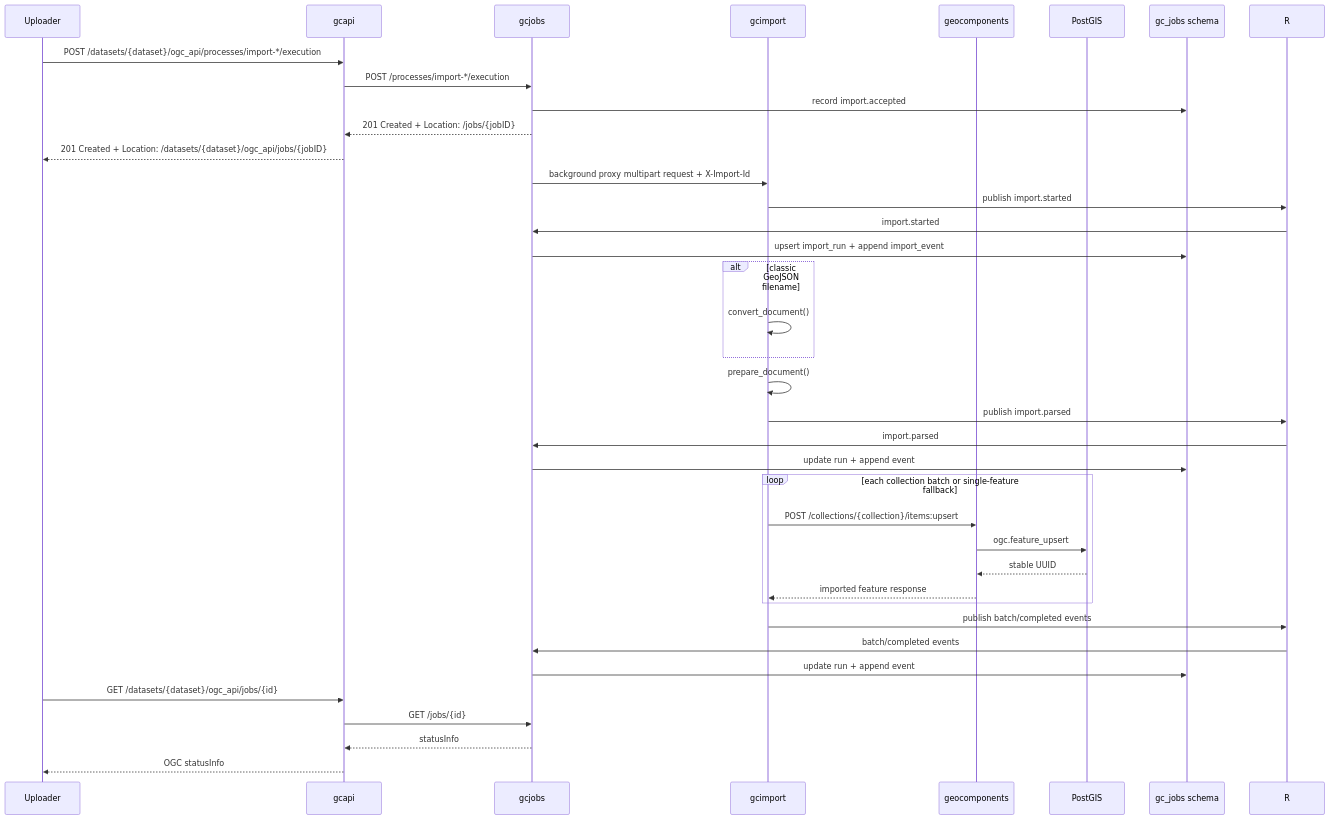
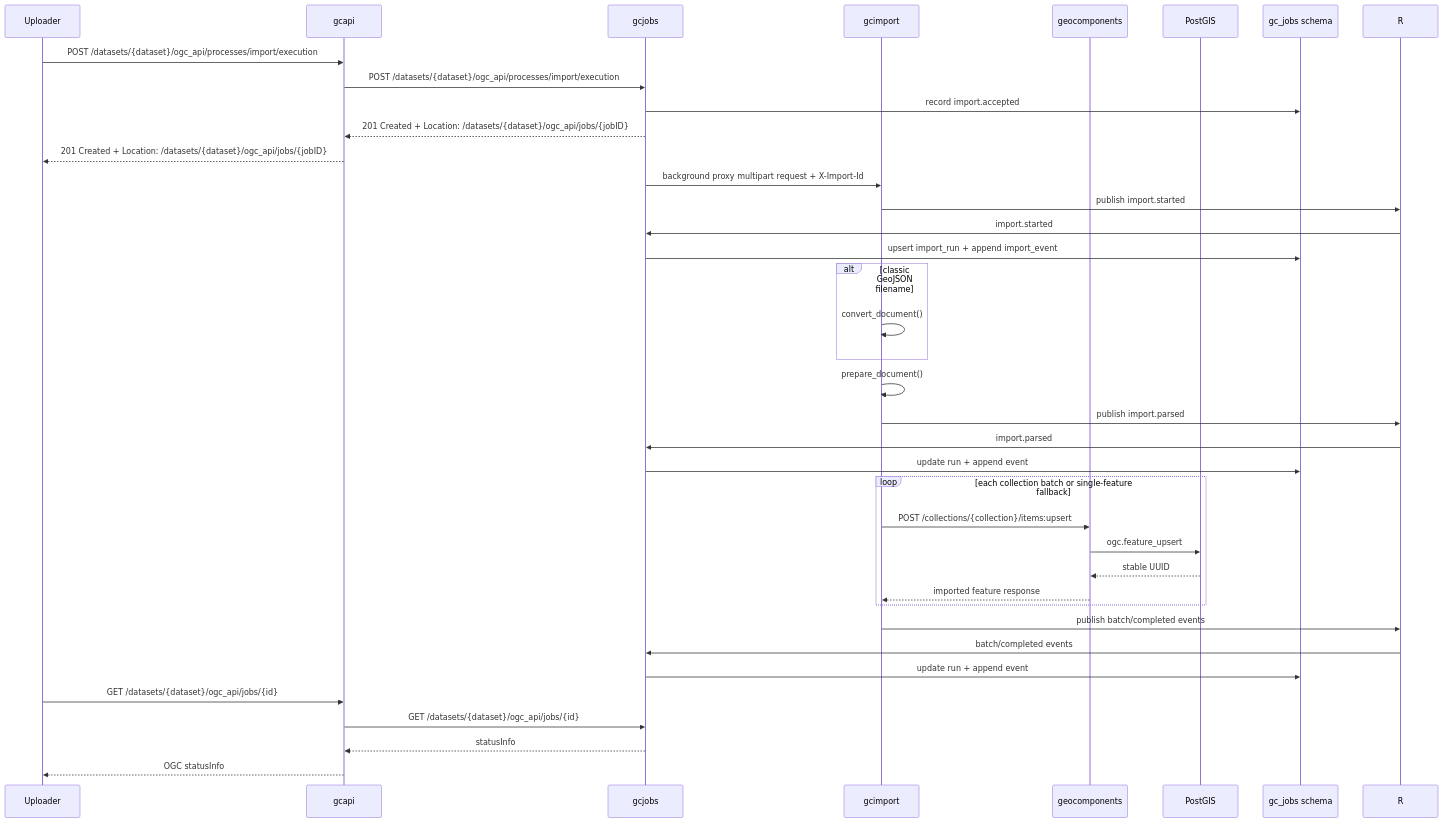
Before and after one commit to kartverket/topografisk-gdb-api: the seventh of 10 diagrams in docs/ARCHITECTURE.md, drawn with Mermaid. The commit also changed other lines of this file and 16 other files, not shown here.

````diff
--- a/docs/ARCHITECTURE.md
+++ b/docs/ARCHITECTURE.md
@@ -286,40 +287,40 @@
 ```mermaid
 sequenceDiagram
   participant U as Uploader
   participant A as gcapi
   participant J as gcjobs
   participant I as gcimport
   participant G as geocomponents
   participant DB as PostGIS
   participant JDB as gc_jobs schema
 
-  U->>A: POST /datasets/{dataset}/ogc_api/processes/import-*/execution
-  A->>J: POST /processes/import-*/execution
+  U->>A: POST /datasets/{dataset}/ogc_api/processes/import/execution
+  A->>J: POST /datasets/{dataset}/ogc_api/processes/import/execution
   J->>JDB: record import.accepted
-  J-->>A: 201 Created + Location: /jobs/{jobID}
+  J-->>A: 201 Created + Location: /datasets/{dataset}/ogc_api/jobs/{jobID}
   A-->>U: 201 Created + Location: /datasets/{dataset}/ogc_api/jobs/{jobID}
   J->>I: background proxy multipart request + X-Import-Id
   I->>R: publish import.started
   R->>J: import.started
   J->>JDB: upsert import_run + append import_event
   alt classic GeoJSON filename
     I->>I: convert_document()
   end
   I->>I: prepare_document()
   I->>R: publish import.parsed
   R->>J: import.parsed
   J->>JDB: update run + append event
   loop each collection batch or single-feature fallback
     I->>G: POST /collections/{collection}/items:upsert
     G->>DB: ogc.feature_upsert
     DB-->>G: stable UUID
     G-->>I: imported feature response
   end
   I->>R: publish batch/completed events
   R->>J: batch/completed events
   J->>JDB: update run + append event
   U->>A: GET /datasets/{dataset}/ogc_api/jobs/{id}
-  A->>J: GET /jobs/{id}
+  A->>J: GET /datasets/{dataset}/ogc_api/jobs/{id}
   J-->>A: statusInfo
   A-->>U: OGC statusInfo
 ```
````
